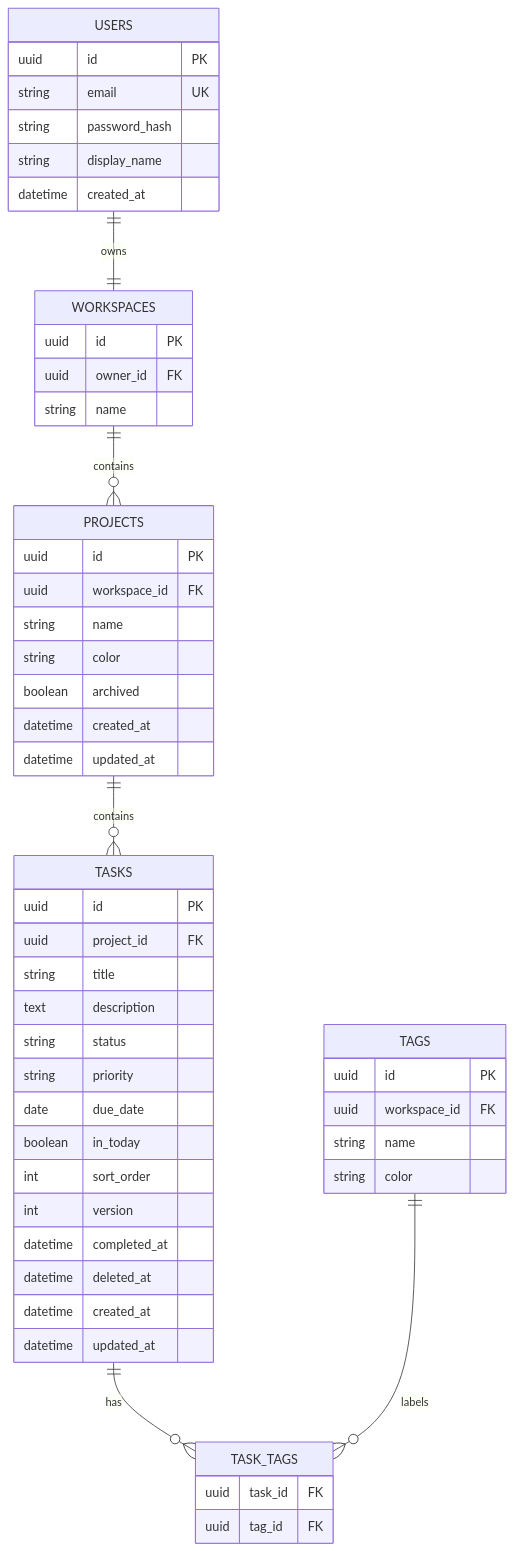
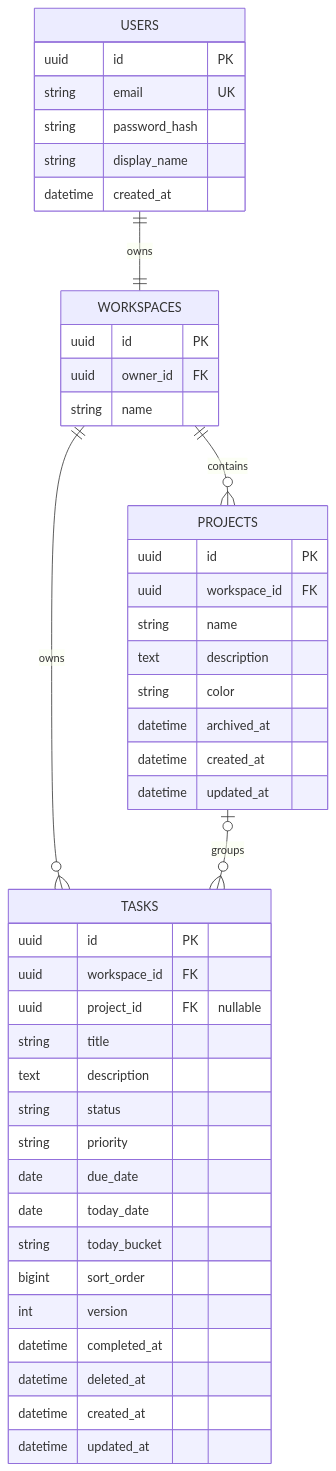
One commit to ZaneLeoo/flowboard-docs changed the diagram in 03-data-api.md. Above: the diagram before and after it, drawn with Mermaid. The commit also changed other lines of this file and 6 other files, not shown here.

````diff
--- a/03-data-api.md
+++ b/03-data-api.md
@@ -5,56 +5,48 @@
 ```mermaid
 erDiagram
   USERS ||--|| WORKSPACES : owns
   WORKSPACES ||--o{ PROJECTS : contains
-  PROJECTS ||--o{ TASKS : contains
-  TASKS ||--o{ TASK_TAGS : has
-  TAGS ||--o{ TASK_TAGS : labels
+  WORKSPACES ||--o{ TASKS : owns
+  PROJECTS o|--o{ TASKS : groups
 
   USERS {
     uuid id PK
     string email UK
     string password_hash
     string display_name
     datetime created_at
   }
   WORKSPACES {
     uuid id PK
     uuid owner_id FK
     string name
   }
   PROJECTS {
     uuid id PK
     uuid workspace_id FK
     string name
+    text description
     string color
-    boolean archived
+    datetime archived_at
     datetime created_at
     datetime updated_at
   }
   TASKS {
     uuid id PK
-    uuid project_id FK
+    uuid workspace_id FK
+    uuid project_id FK "nullable"
     string title
     text description
     string status
     string priority
     date due_date
-    boolean in_today
-    int sort_order
+    date today_date
+    string today_bucket
+    bigint sort_order
     int version
     datetime completed_at
     datetime deleted_at
     datetime created_at
     datetime updated_at
   }
-  TAGS {
-    uuid id PK
-    uuid workspace_id FK
-    string name
-    string color
-  }
-  TASK_TAGS {
-    uuid task_id FK
-    uuid tag_id FK
-  }
 ```
````
